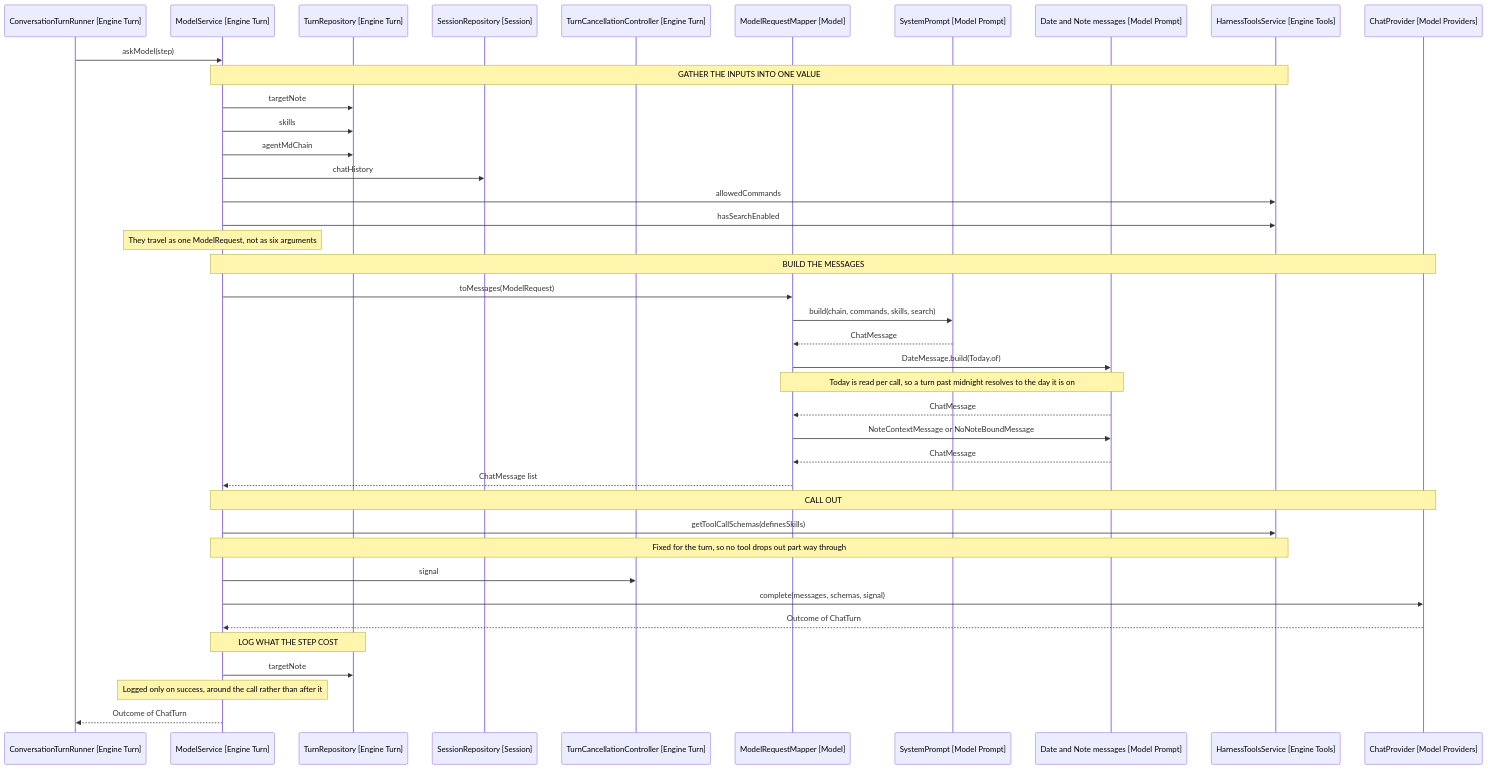
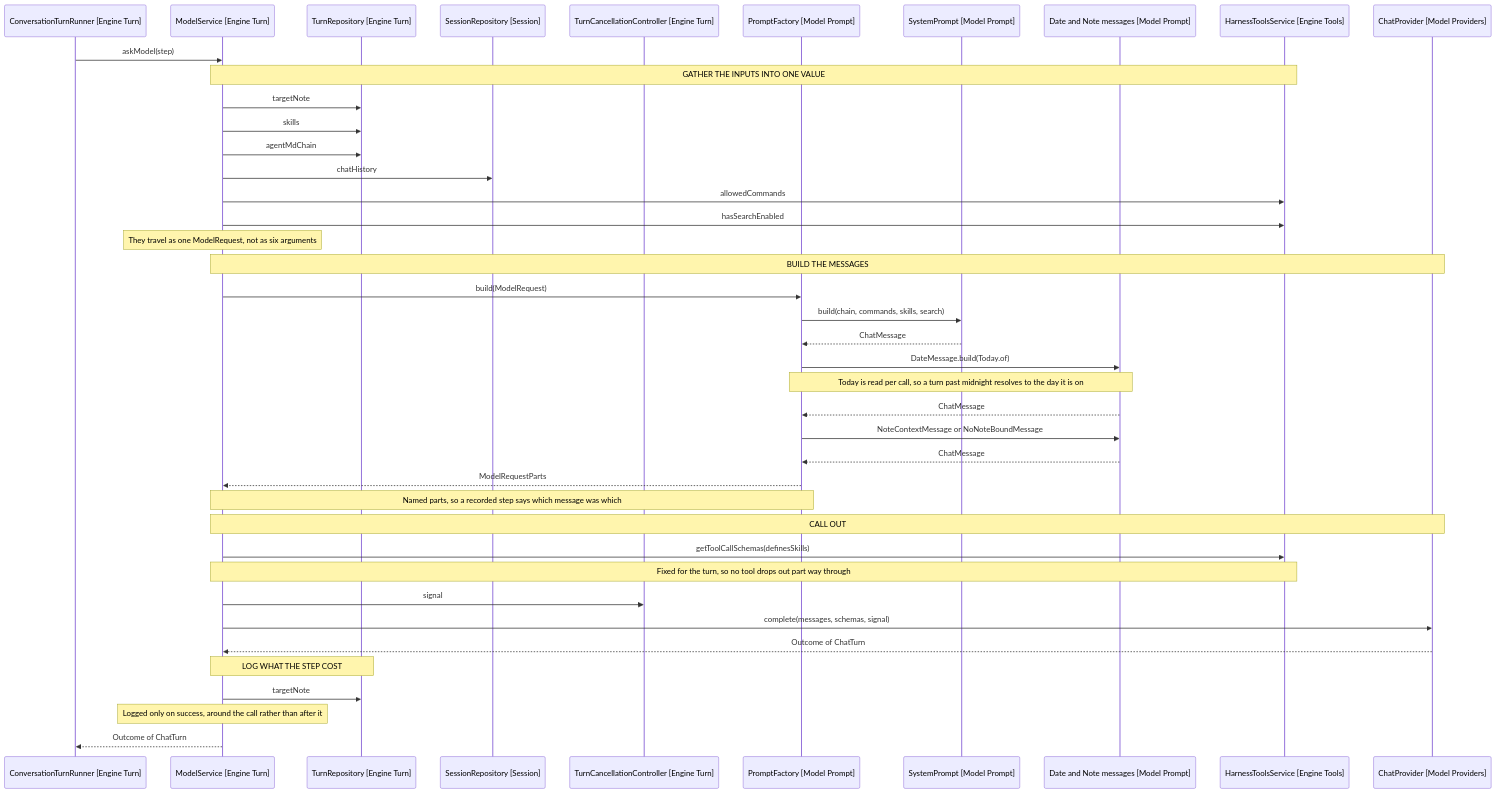
The diagram in docs/architecture/10-asking-the-model.md (iparips/obsidian-owl), drawn with Mermaid before and after one commit. The commit also changed other lines of this file and 7 other files, not shown here.

````diff
--- a/docs/architecture/10-asking-the-model.md
+++ b/docs/architecture/10-asking-the-model.md
@@ -29,47 +30,48 @@
 ```mermaid
 sequenceDiagram
     participant Runner as ConversationTurnRunner [Engine Turn]
     participant Model as ModelService [Engine Turn]
     participant TurnRepo as TurnRepository [Engine Turn]
     participant Session as SessionRepository [Session]
     participant Cancel as TurnCancellationController [Engine Turn]
-    participant Mapper as ModelRequestMapper [Model]
+    participant Prompt as PromptFactory [Model Prompt]
     participant System as SystemPrompt [Model Prompt]
     participant Messages as Date and Note messages [Model Prompt]
     participant Harness as HarnessToolsService [Engine Tools]
     participant Provider as ChatProvider [Model Providers]
 
     Runner->>Model: askModel(step)
 
     Note over Model,Harness: GATHER THE INPUTS INTO ONE VALUE
     Model->>TurnRepo: targetNote
     Model->>TurnRepo: skills
     Model->>TurnRepo: agentMdChain
     Model->>Session: chatHistory
     Model->>Harness: allowedCommands
     Model->>Harness: hasSearchEnabled
     Note over Model: They travel as one ModelRequest, not as six arguments
 
     Note over Model,Provider: BUILD THE MESSAGES
-    Model->>Mapper: toMessages(ModelRequest)
-    Mapper->>System: build(chain, commands, skills, search)
-    System-->>Mapper: ChatMessage
-    Mapper->>Messages: DateMessage.build(Today.of)
-    Note over Mapper,Messages: Today is read per call, so a turn past midnight resolves to the day it is on
-    Messages-->>Mapper: ChatMessage
-    Mapper->>Messages: NoteContextMessage or NoNoteBoundMessage
-    Messages-->>Mapper: ChatMessage
-    Mapper-->>Model: ChatMessage list
+    Model->>Prompt: build(ModelRequest)
+    Prompt->>System: build(chain, commands, skills, search)
+    System-->>Prompt: ChatMessage
+    Prompt->>Messages: DateMessage.build(Today.of)
+    Note over Prompt,Messages: Today is read per call, so a turn past midnight resolves to the day it is on
+    Messages-->>Prompt: ChatMessage
+    Prompt->>Messages: NoteContextMessage or NoNoteBoundMessage
+    Messages-->>Prompt: ChatMessage
+    Prompt-->>Model: ModelRequestParts
+    Note over Model,Prompt: Named parts, so a recorded step says which message was which
 
     Note over Model,Provider: CALL OUT
     Model->>Harness: getToolCallSchemas(definesSkills)
     Note over Model,Harness: Fixed for the turn, so no tool drops out part way through
     Model->>Cancel: signal
     Model->>Provider: complete(messages, schemas, signal)
     Provider-->>Model: Outcome of ChatTurn
 
     Note over Model,TurnRepo: LOG WHAT THE STEP COST
     Model->>TurnRepo: targetNote
     Note over Model: Logged only on success, around the call rather than after it
     Model-->>Runner: Outcome of ChatTurn
 ```
````
